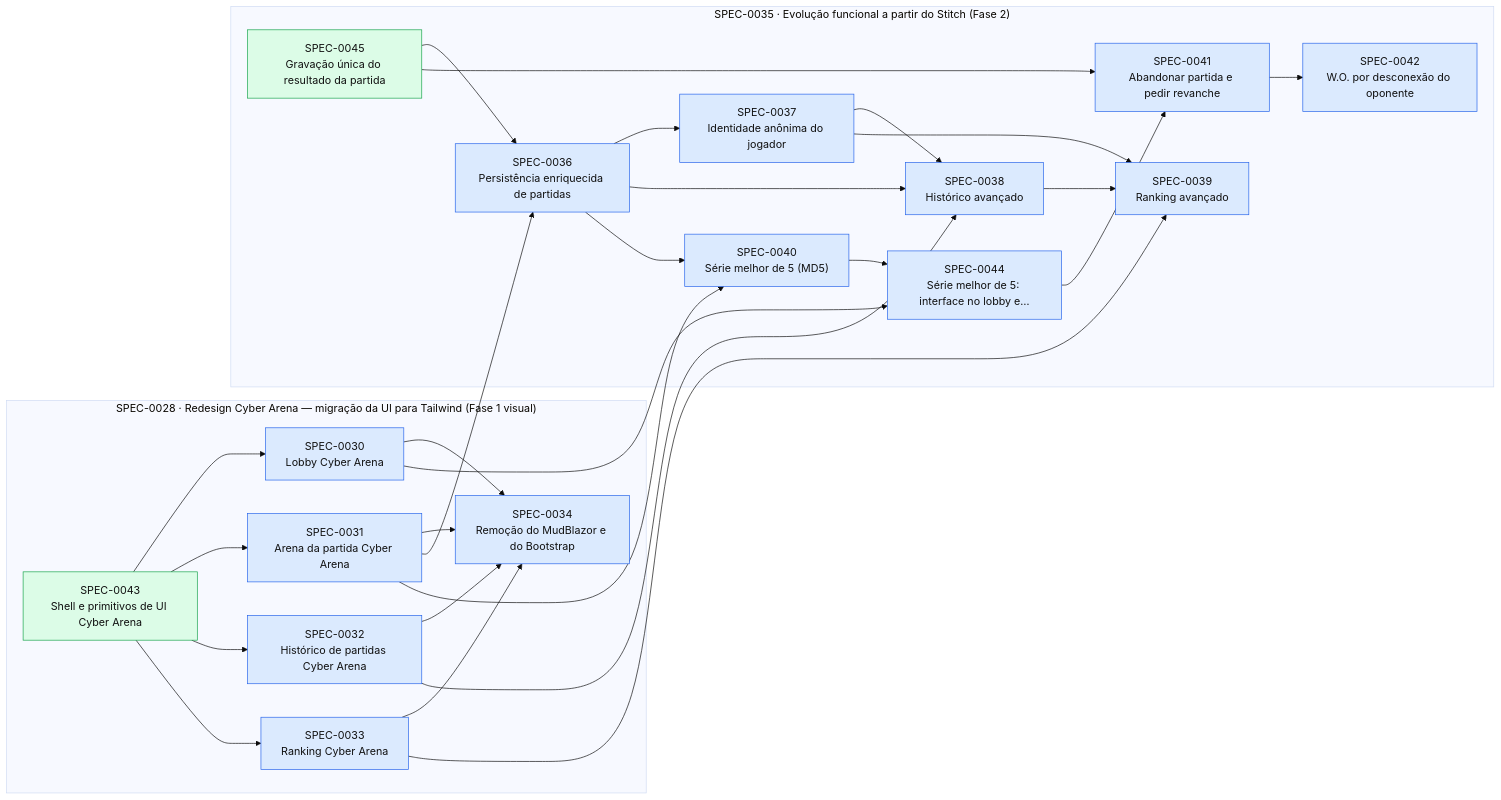
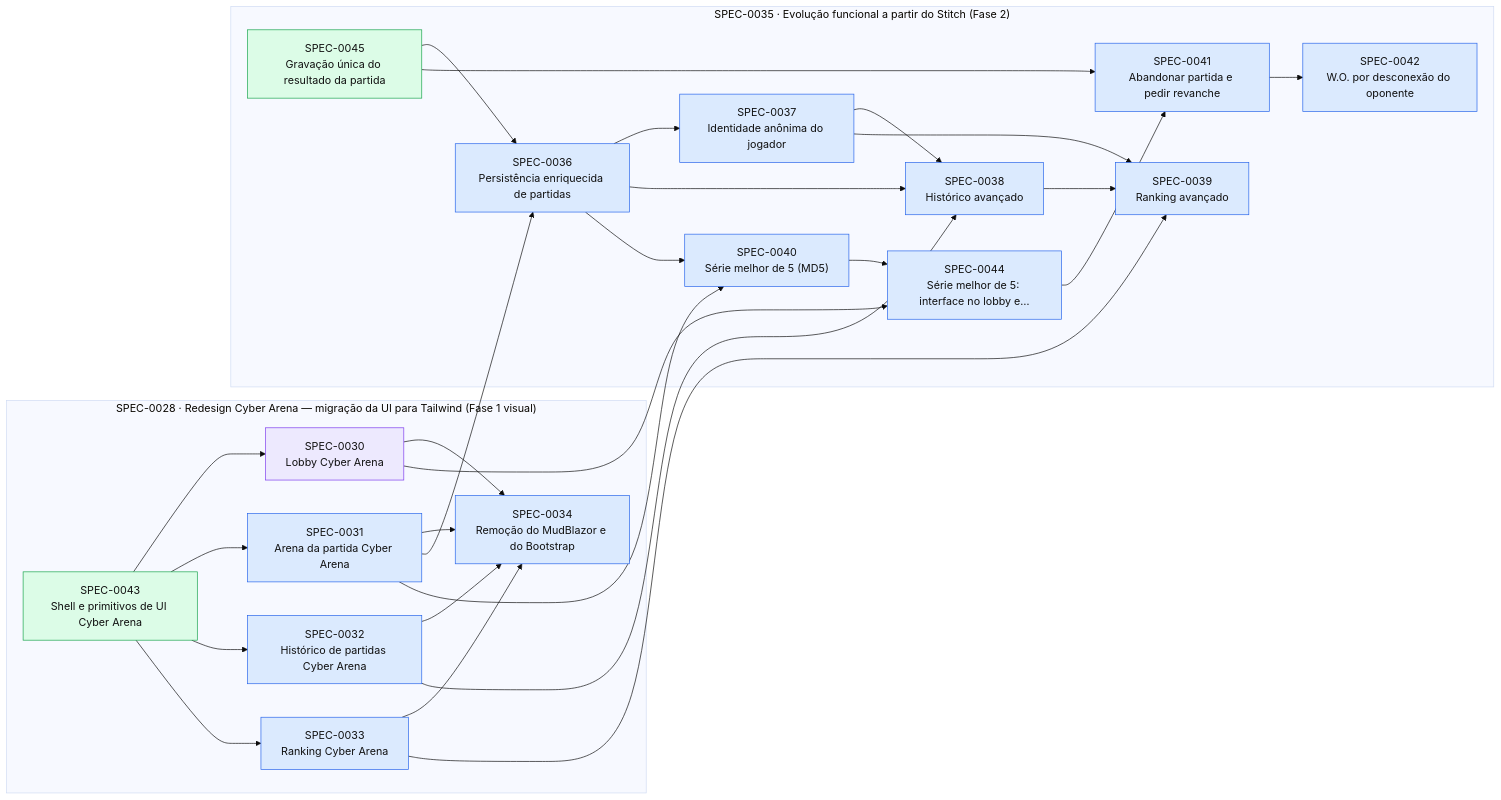
The diagram in docs/specs/INDEX.md (thomasravache/jogo-da-velha-multiplayer), drawn with Mermaid (base theme) before and after one commit. The commit also changed other lines of this file and 1 other file, not shown here.

First line of the commit message:
docs(specs): registrar gates G1-G4 da SPEC-0030

````diff
--- a/docs/specs/INDEX.md
+++ b/docs/specs/INDEX.md
@@ -48,51 +48,51 @@
 ```mermaid
 flowchart LR
   subgraph E0028["SPEC-0028 · Redesign Cyber Arena — migração da UI para Tailwind (Fase 1 visual)"]
-    S0030["SPEC-0030<br/>Lobby Cyber Arena"]:::approved
+    S0030["SPEC-0030<br/>Lobby Cyber Arena"]:::inprogress
     S0031["SPEC-0031<br/>Arena da partida Cyber Arena"]:::approved
     S0032["SPEC-0032<br/>Histórico de partidas Cyber Arena"]:::approved
     S0033["SPEC-0033<br/>Ranking Cyber Arena"]:::approved
     S0034["SPEC-0034<br/>Remoção do MudBlazor e do Bootstrap"]:::approved
     S0043["SPEC-0043<br/>Shell e primitivos de UI Cyber Arena"]:::implemented
   end
   subgraph E0035["SPEC-0035 · Evolução funcional a partir do Stitch (Fase 2)"]
     S0036["SPEC-0036<br/>Persistência enriquecida de partidas"]:::approved
     S0037["SPEC-0037<br/>Identidade anônima do jogador"]:::approved
     S0038["SPEC-0038<br/>Histórico avançado"]:::approved
     S0039["SPEC-0039<br/>Ranking avançado"]:::approved
     S0040["SPEC-0040<br/>Série melhor de 5 (MD5)"]:::approved
     S0041["SPEC-0041<br/>Abandonar partida e pedir revanche"]:::approved
     S0042["SPEC-0042<br/>W.O. por desconexão do oponente"]:::approved
     S0044["SPEC-0044<br/>Série melhor de 5: interface no lobby e…"]:::approved
     S0045["SPEC-0045<br/>Gravação única do resultado da partida"]:::implemented
   end
   S0043 --> S0030
   S0043 --> S0031
   S0043 --> S0032
   S0043 --> S0033
   S0030 --> S0034
   S0031 --> S0034
   S0032 --> S0034
   S0033 --> S0034
   S0031 --> S0036
   S0045 --> S0036
   S0036 --> S0037
   S0032 --> S0038
   S0036 --> S0038
   S0037 --> S0038
   S0033 --> S0039
   S0037 --> S0039
   S0038 --> S0039
   S0031 --> S0040
   S0036 --> S0040
   S0044 --> S0041
   S0045 --> S0041
   S0041 --> S0042
   S0030 --> S0044
   S0040 --> S0044
   classDef proposed fill:#fef3c7,stroke:#d97706,color:#111
   classDef approved fill:#dbeafe,stroke:#2563eb,color:#111
   classDef inprogress fill:#ede9fe,stroke:#7c3aed,color:#111
   classDef implemented fill:#dcfce7,stroke:#16a34a,color:#111
   classDef deprecated fill:#f3f4f6,stroke:#9ca3af,color:#6b7280
 ```
````
